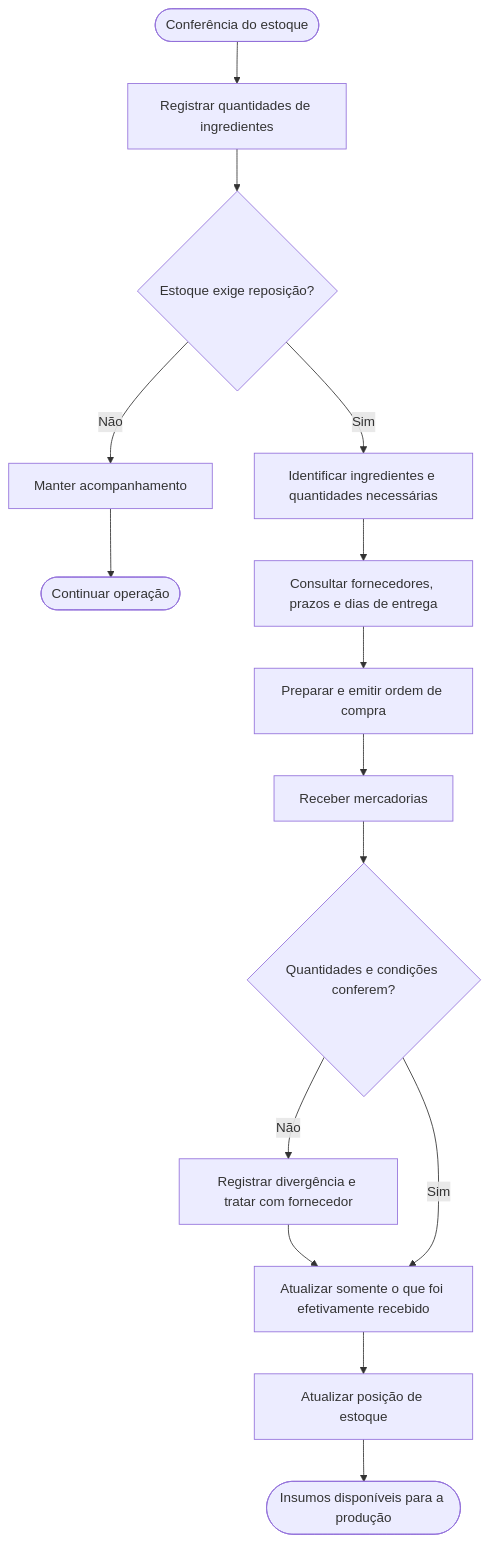
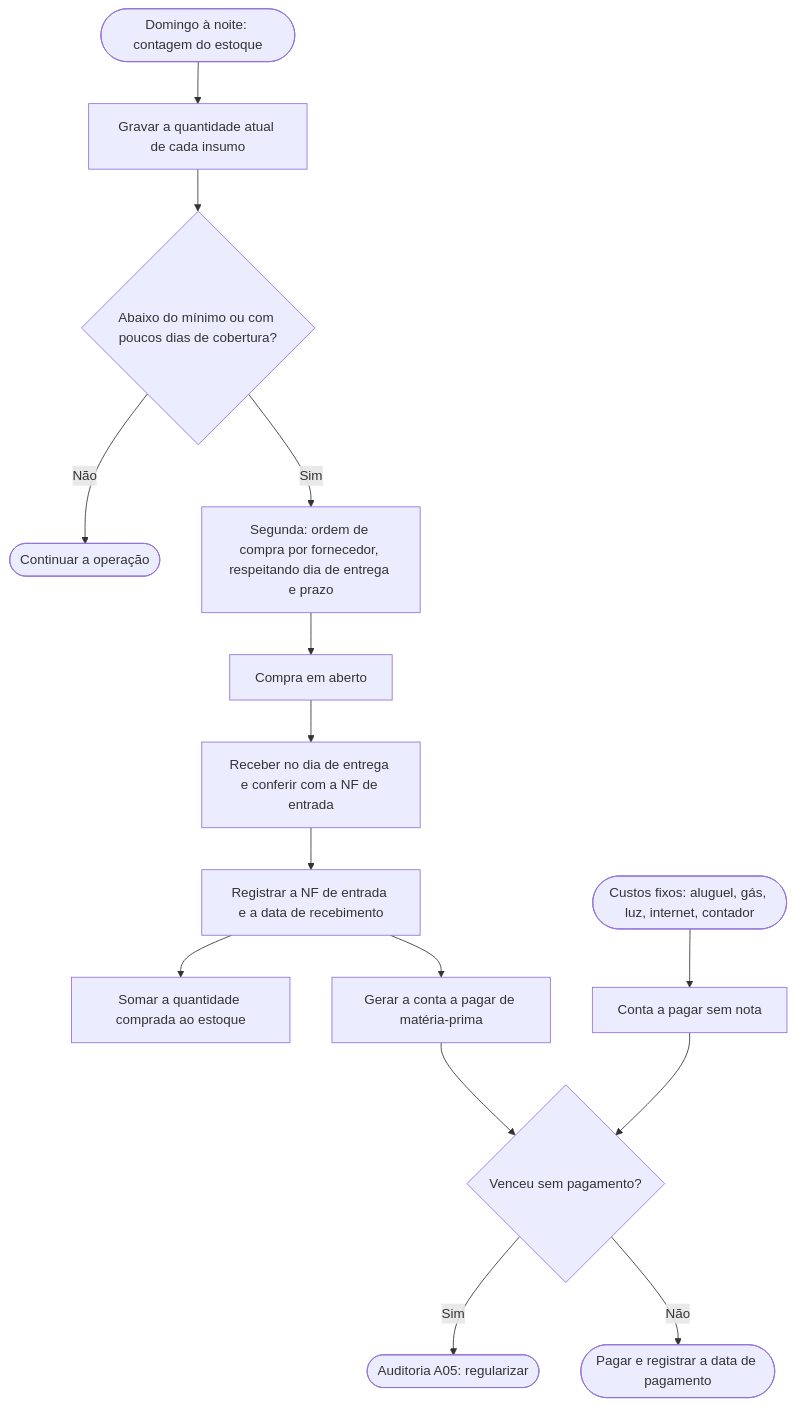
The second of 2 diagrams in README.md (MurilouSilva/vaca-na-faca-modelagem-dados), drawn with Mermaid before and after one commit. The commit also changed other lines of this file, not shown here.

Commit message:
add readme segunda entrega

````diff
--- a/README.md
+++ b/README.md
@@ -98,17 +282,17 @@
 ```mermaid
 flowchart TD
-    A([Conferência do estoque]) --> B[Registrar quantidades de ingredientes]
-    B --> C{Estoque exige reposição?}
-    C -- Não --> D[Manter acompanhamento]
-    D --> E([Continuar operação])
-    C -- Sim --> F[Identificar ingredientes e quantidades necessárias]
-    F --> G[Consultar fornecedores, prazos e dias de entrega]
-    G --> H[Preparar e emitir ordem de compra]
-    H --> I[Receber mercadorias]
-    I --> J{Quantidades e condições conferem?}
-    J -- Não --> K[Registrar divergência e tratar com fornecedor]
-    K --> L[Atualizar somente o que foi efetivamente recebido]
-    J -- Sim --> L
-    L --> M[Atualizar posição de estoque]
-    M --> N([Insumos disponíveis para a produção])
+    A([Domingo à noite: contagem do estoque]) --> B[Gravar a quantidade atual de cada insumo]
+    B --> C{Abaixo do mínimo ou com poucos dias de cobertura?}
+    C -- Não --> D([Continuar a operação])
+    C -- Sim --> E[Segunda: ordem de compra por fornecedor, respeitando dia de entrega e prazo]
+    E --> F[Compra em aberto]
+    F --> G[Receber no dia de entrega e conferir com a NF de entrada]
+    G --> H[Registrar a NF de entrada e a data de recebimento]
+    H --> I[Somar a quantidade comprada ao estoque]
+    H --> J[Gerar a conta a pagar de matéria-prima]
+    K([Custos fixos: aluguel, gás, luz, internet, contador]) --> L[Conta a pagar sem nota]
+    J --> M{Venceu sem pagamento?}
+    L --> M
+    M -- Sim --> N([Auditoria A05: regularizar])
+    M -- Não --> O([Pagar e registrar a data de pagamento])
 ```
````
